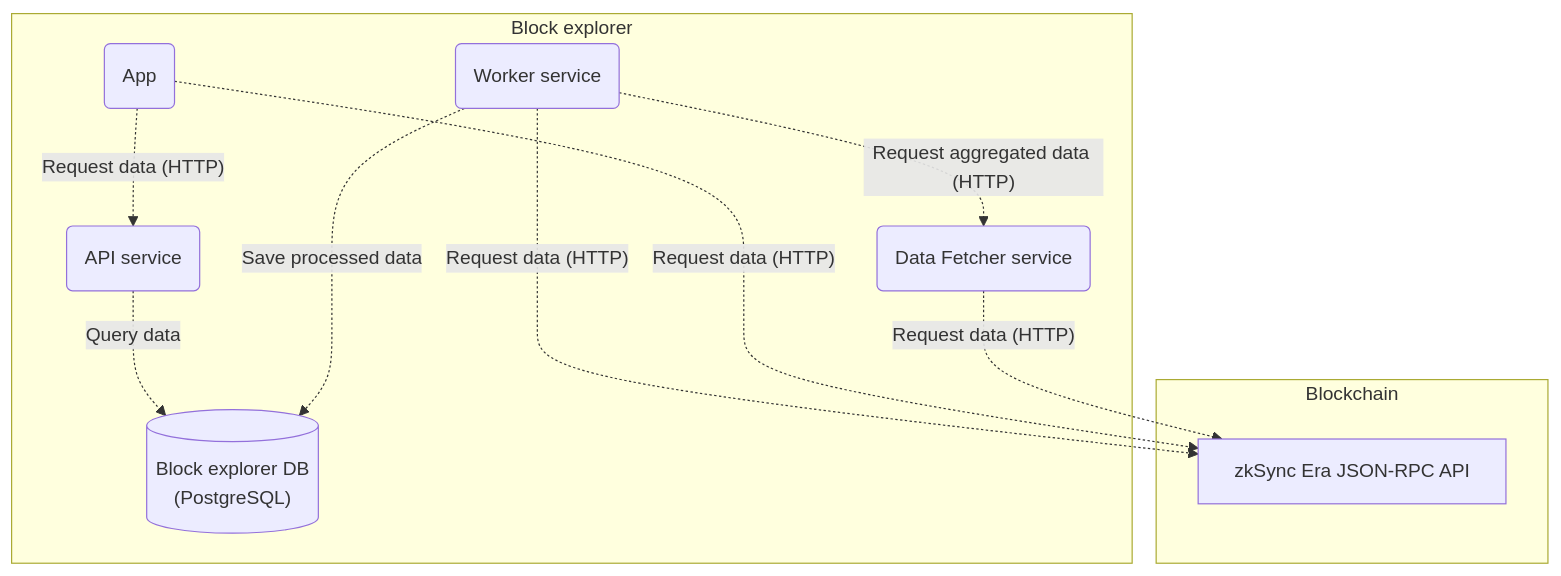
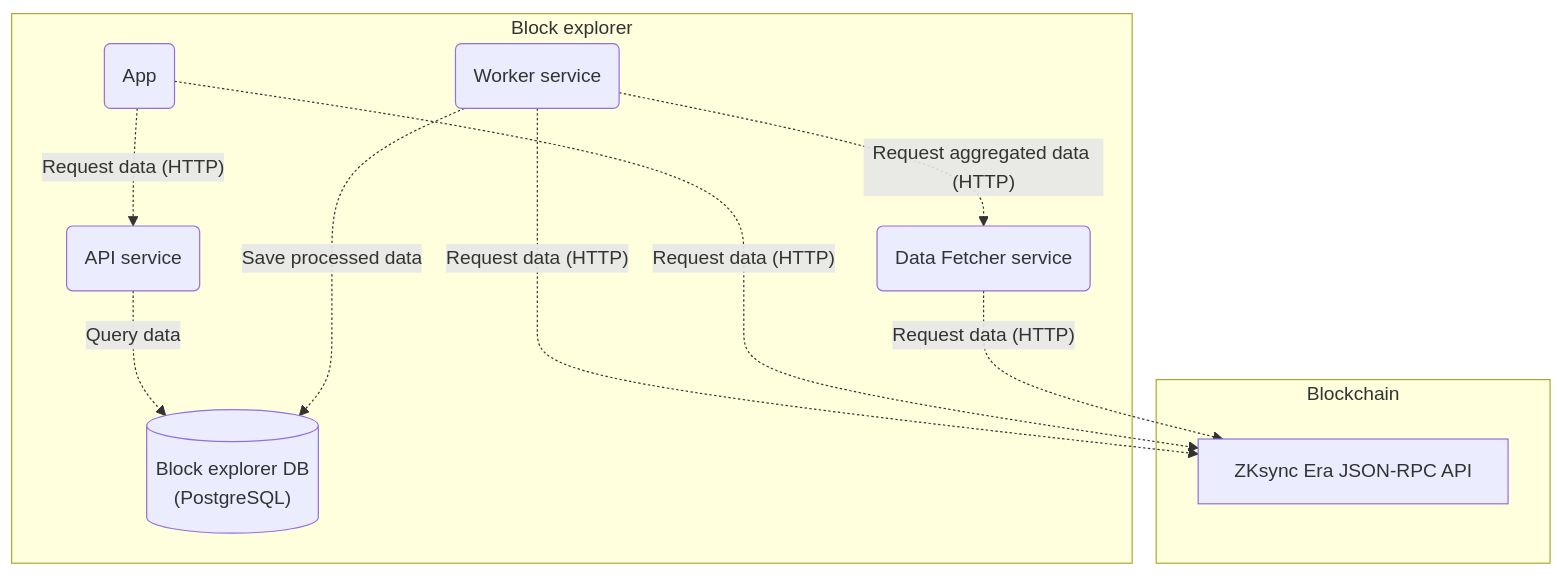
Before and after one commit to matter-labs/block-explorer: the diagram in README.md, drawn with Mermaid. The commit also changed other lines of this file and 30 other files, not shown here.

````diff
--- a/README.md
+++ b/README.md
@@ -15,24 +15,24 @@
 ```mermaid
 flowchart
   subgraph blockchain[Blockchain]
-    Blockchain[zkSync Era JSON-RPC API]
+    Blockchain[ZKsync Era JSON-RPC API]
   end
 
   subgraph explorer[Block explorer]
     Database[("Block explorer DB<br/>(PostgreSQL)")]
     Worker(Worker service)
     Data-Fetcher(Data Fetcher service)
     API(API service)
     App(App)
     
     Worker-."Request aggregated data (HTTP)".->Data-Fetcher
     Data-Fetcher-."Request data (HTTP)".->Blockchain
     Worker-.Save processed data.->Database
 
     API-.Query data.->Database
     App-."Request data (HTTP)".->API
     App-."Request data (HTTP)".->Blockchain
   end
 
   Worker-."Request data (HTTP)".->Blockchain
 ```
````
